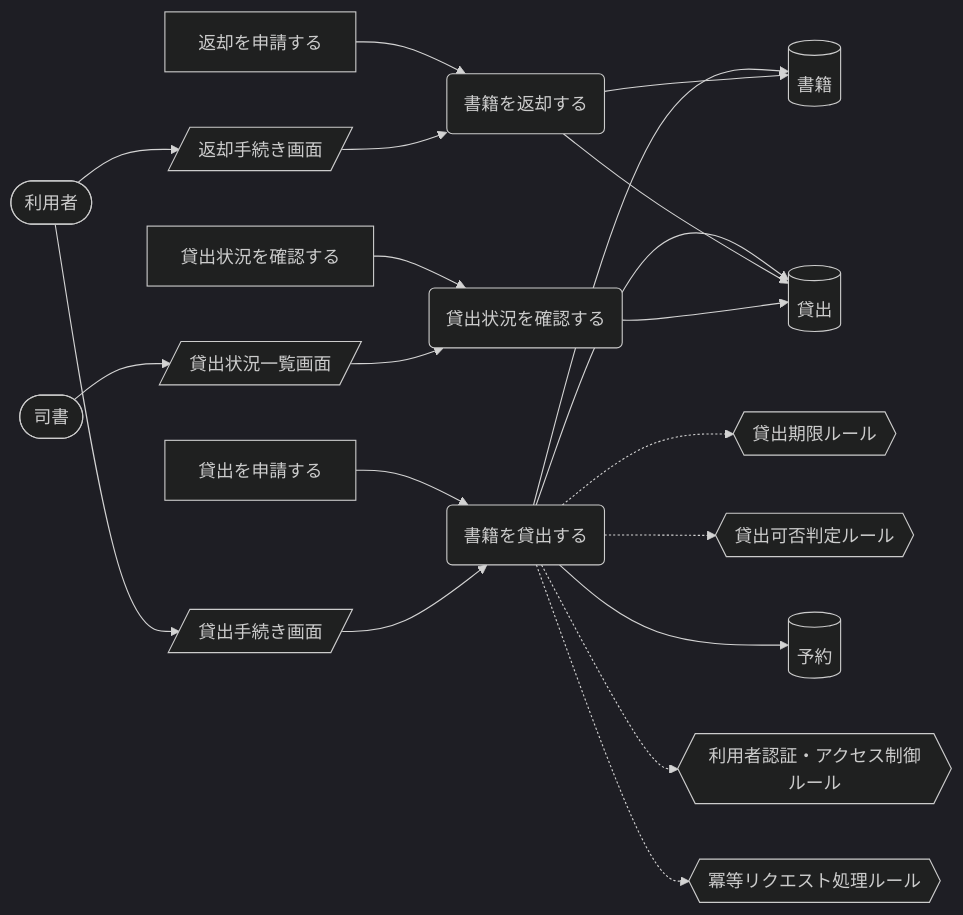
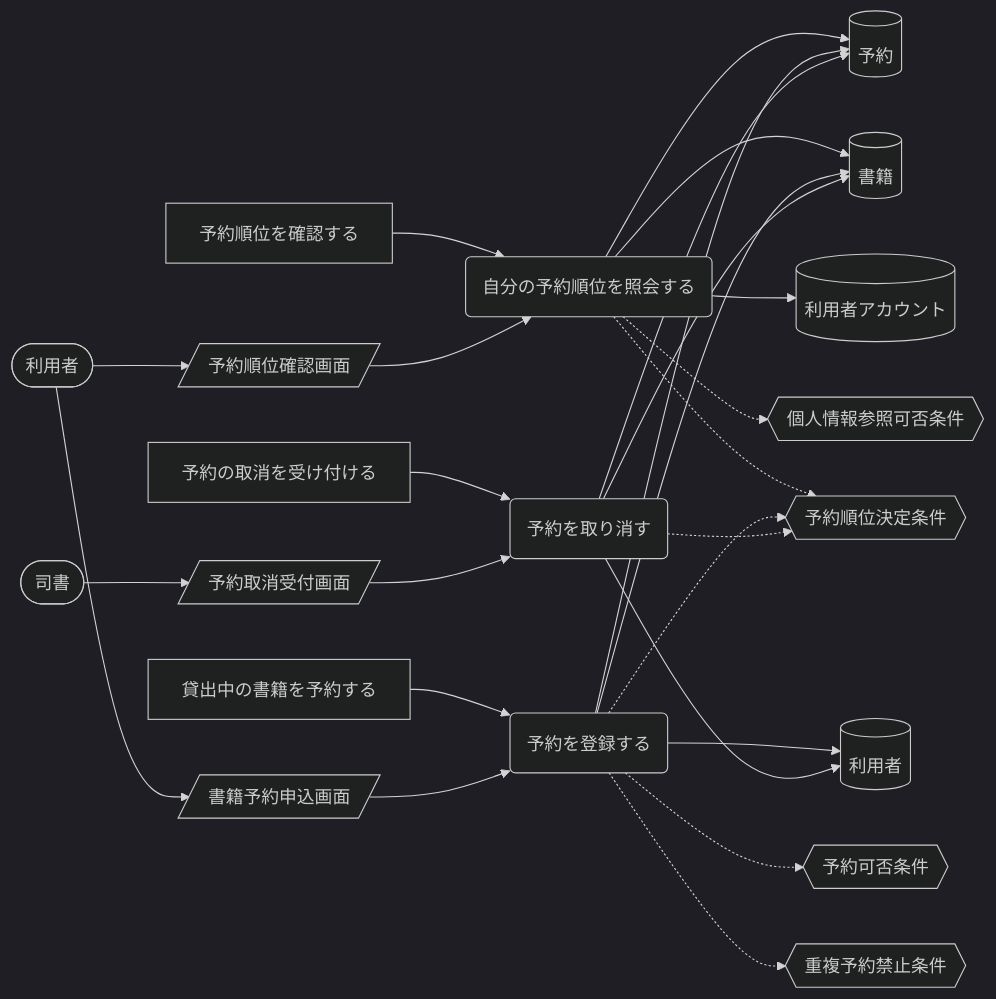
One commit to suwa-sh/suwa-sh-claude-plugins changed the sixth of 13 diagrams in samples/distillery/pipeline/rdra/latest/views/04_UC複合図.md. Above: the diagram before and after it, drawn with Mermaid (dark theme). The commit also changed other lines of this file and 1723 other files, not shown here.

````diff
--- a/samples/distillery/pipeline/rdra/latest/views/04_UC複合図.md
+++ b/samples/distillery/pipeline/rdra/latest/views/04_UC複合図.md
@@ -51,40 +309,46 @@
 ```mermaid
 graph LR
-  UC1("書籍を貸出する")
-  AT1["貸出を申請する"]
-  IF1[("書籍")]
-  IF2[("貸出")]
-  CD1{{"貸出期限ルール"}}
-  CD2{{"貸出可否判定ルール"}}
-  SC1[/"貸出手続き画面"/]
+  UC1("自分の予約順位を照会する")
+  AT1["予約順位を確認する"]
+  IF1[("予約")]
+  IF2[("書籍")]
+  IF3[("利用者アカウント")]
+  CD1{{"個人情報参照可否条件"}}
+  CD2{{"予約順位決定条件"}}
+  SC1[/"予約順位確認画面"/]
   AC1(["利用者"])
-  IF3[("予約")]
-  CD3{{"利用者認証・アクセス制御ルール"}}
-  CD4{{"冪等リクエスト処理ルール"}}
-  UC2("書籍を返却する")
-  AT2["返却を申請する"]
-  SC2[/"返却手続き画面"/]
-  UC3("貸出状況を確認する")
-  AT3["貸出状況を確認する"]
-  SC3[/"貸出状況一覧画面"/]
+  UC2("予約を登録する")
+  AT2["貸出中の書籍を予約する"]
+  IF4[("利用者")]
+  CD3{{"予約可否条件"}}
+  CD4{{"重複予約禁止条件"}}
+  SC2[/"書籍予約申込画面"/]
+  UC3("予約を取り消す")
+  AT3["予約の取消を受け付ける"]
+  SC3[/"予約取消受付画面"/]
   AC2(["司書"])
   AT1 --> UC1
   UC1 --> IF1
   UC1 --> IF2
+  UC1 --> IF3
   UC1 -.-> CD1
   UC1 -.-> CD2
   AC1 --> SC1
   SC1 --> UC1
-  UC1 --> IF3
-  UC1 -.-> CD3
-  UC1 -.-> CD4
   AT2 --> UC2
   UC2 --> IF1
   UC2 --> IF2
+  UC2 --> IF4
+  UC2 -.-> CD3
+  UC2 -.-> CD4
+  UC2 -.-> CD2
   AC1 --> SC2
   SC2 --> UC2
   AT3 --> UC3
+  UC3 --> IF1
   UC3 --> IF2
+  UC3 --> IF4
+  UC3 -.-> CD2
   AC2 --> SC3
   SC3 --> UC3
 ```
````
